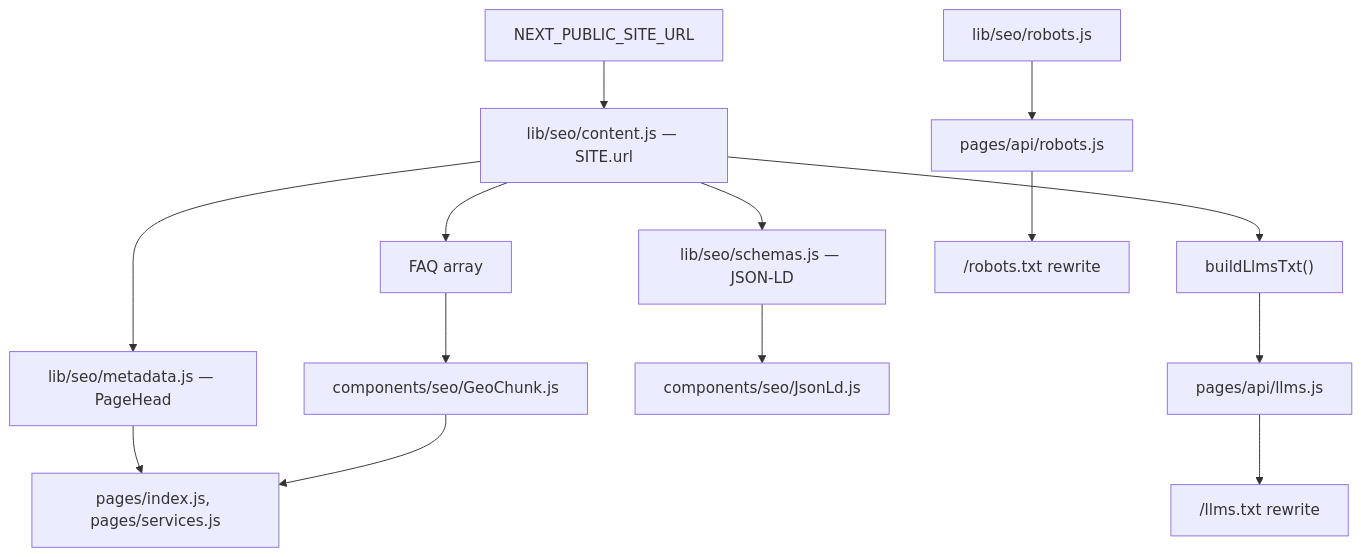
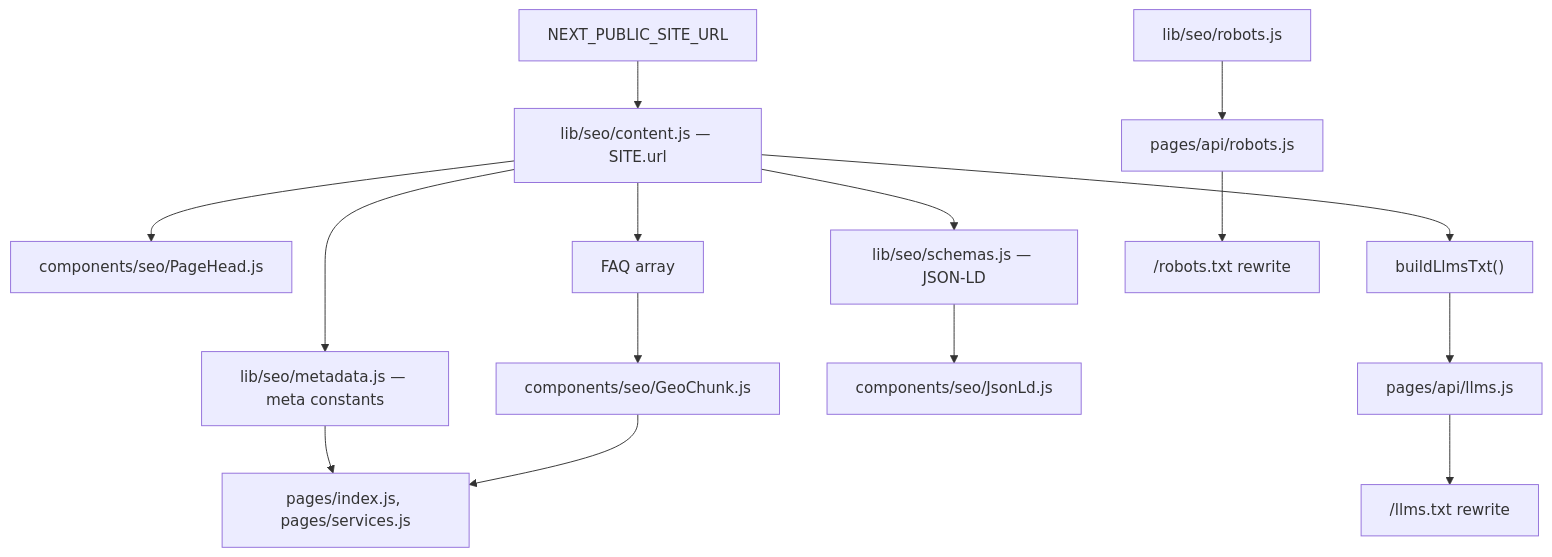
Before and after one commit to chewzt/nextale-demo: the diagram in docs/seo-geo-report.md, drawn with Mermaid. The commit also changed other lines of this file and 24 other files, not shown here.

````diff
--- a/docs/seo-geo-report.md
+++ b/docs/seo-geo-report.md
@@ -51,16 +51,17 @@
 ```mermaid
 flowchart TD
     ENV["NEXT_PUBLIC_SITE_URL"] --> CONTENT["lib/seo/content.js — SITE.url"]
-    CONTENT --> META["lib/seo/metadata.js — PageHead"]
+    CONTENT --> META["lib/seo/metadata.js — meta constants"]
+    CONTENT --> PAGEHEAD["components/seo/PageHead.js"]
     CONTENT --> SCHEMA["lib/seo/schemas.js — JSON-LD"]
     CONTENT --> LLMS["buildLlmsTxt()"]
     CONTENT --> FAQ["FAQ array"]
     LLMS --> API_LLM["pages/api/llms.js"]
     API_LLM --> REWRITE["/llms.txt rewrite"]
     ROBOTS_LIB["lib/seo/robots.js"] --> API_ROB["pages/api/robots.js"]
     API_ROB --> REWRITE2["/robots.txt rewrite"]
     META --> PAGES["pages/index.js, pages/services.js"]
     SCHEMA --> JSONLD["components/seo/JsonLd.js"]
     FAQ --> GEO["components/seo/GeoChunk.js"]
     GEO --> PAGES
 ```
````
